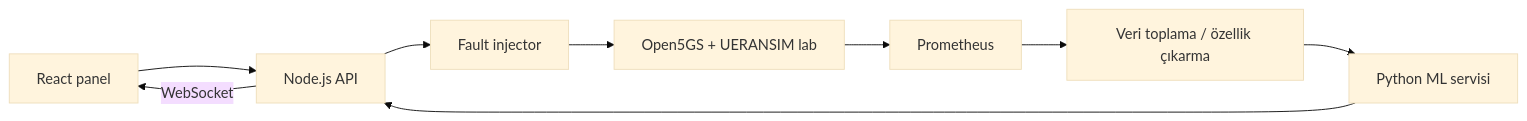
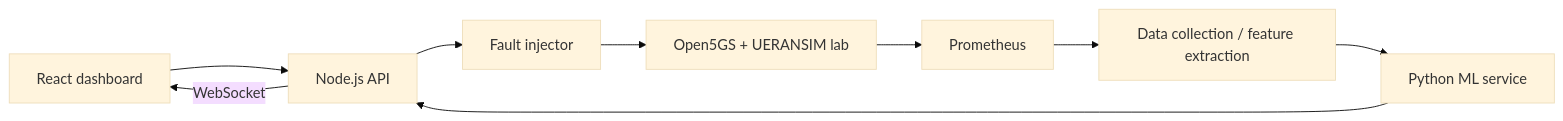
One commit to lazypanic999/CorePulse changed the diagram in README.md. Above: the diagram before and after it, drawn with Mermaid (base theme). The commit also changed other lines of this file, not shown here.

````diff
--- a/README.md
+++ b/README.md
@@ -13,11 +13,11 @@
 ```mermaid
 flowchart LR
-  UI[React panel] --> API[Node.js API]
+  UI[React dashboard] --> API[Node.js API]
   API --> INJ[Fault injector]
   INJ --> LAB[Open5GS + UERANSIM lab]
   LAB --> PROM[Prometheus]
-  PROM --> COL[Veri toplama / özellik çıkarma]
-  COL --> ML[Python ML servisi]
+  PROM --> COL[Data collection / feature extraction]
+  COL --> ML[Python ML service]
   ML --> API
   API -- WebSocket --> UI
 ```
````
